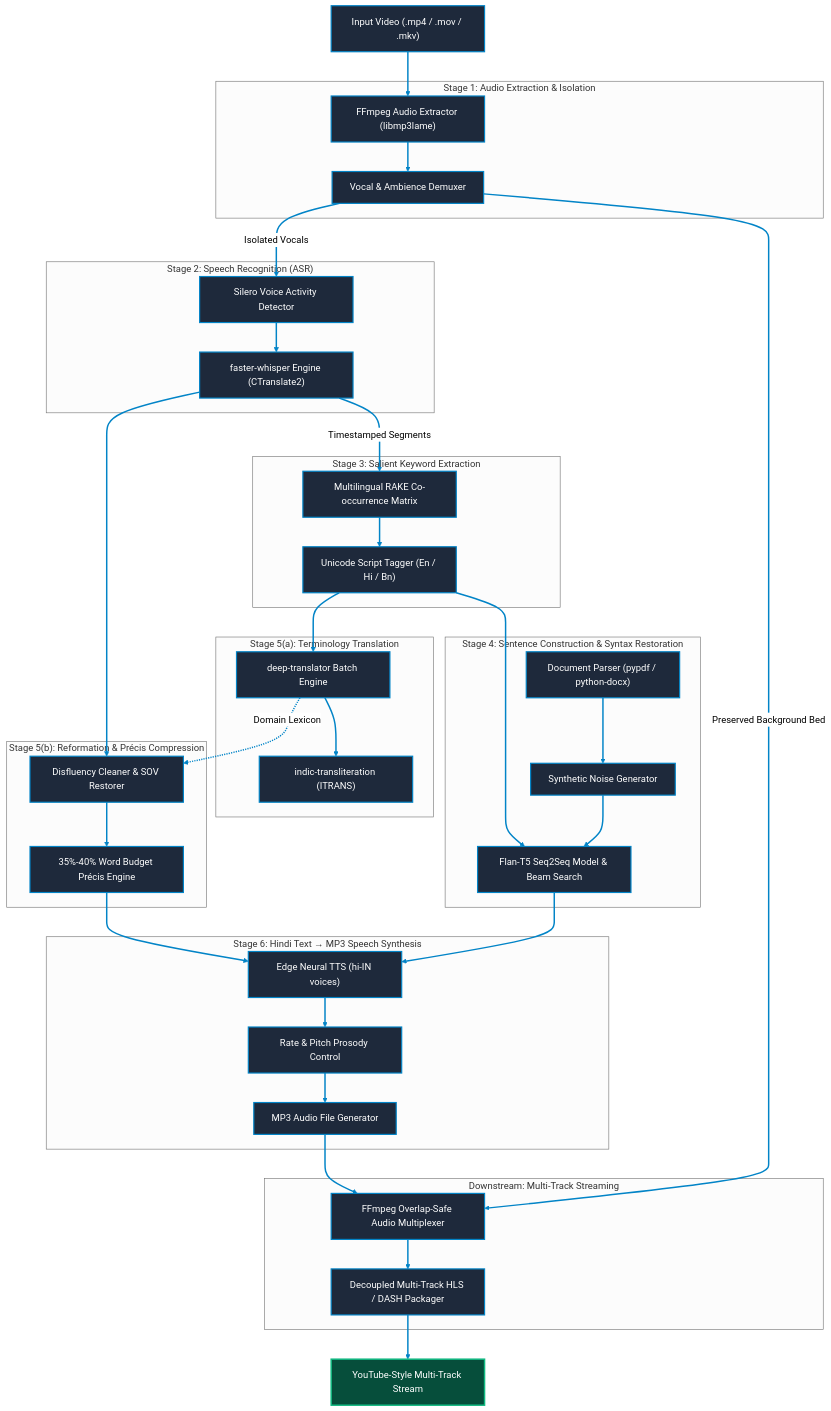
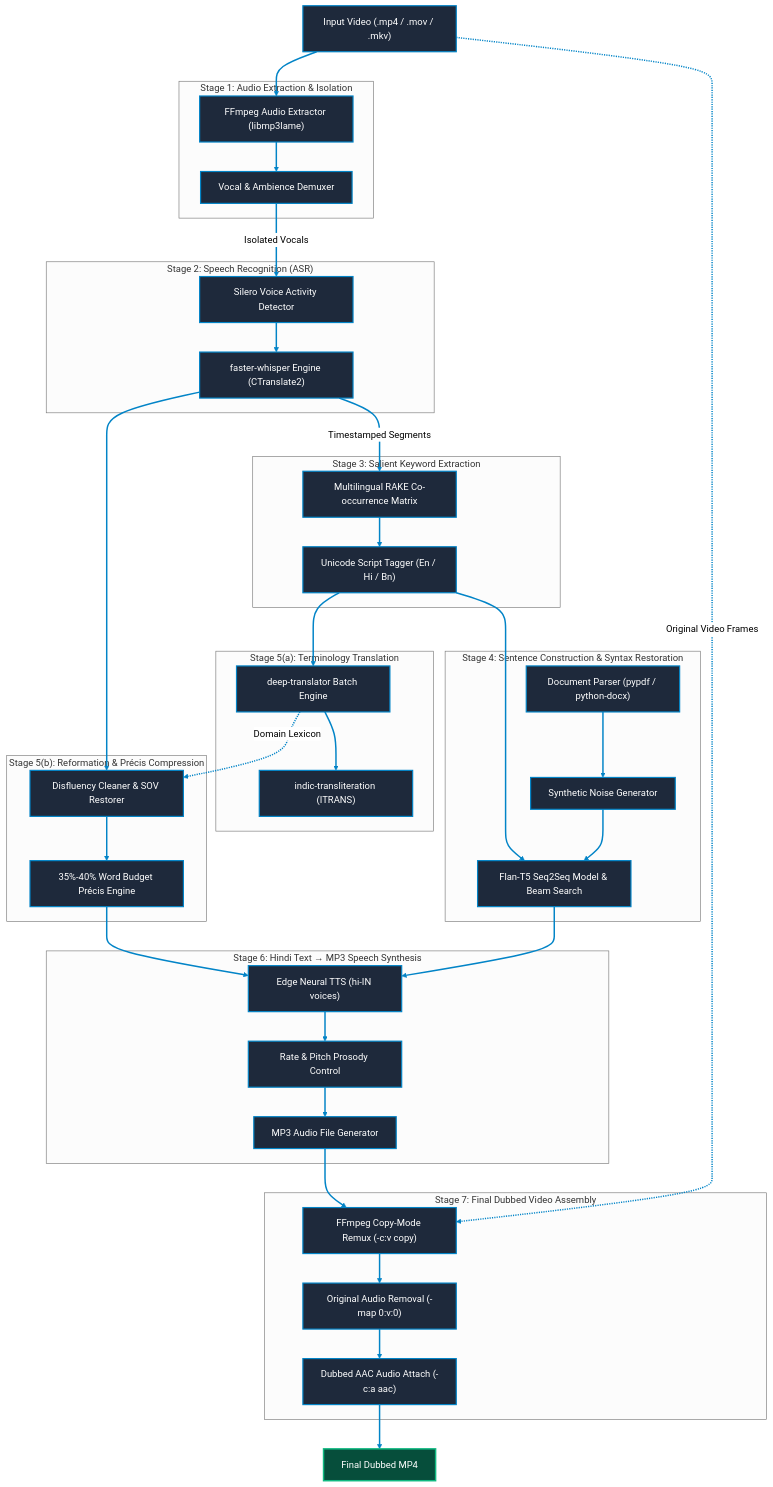
One commit to Babin123456/Nativox changed the diagram in ARCHITECTURE.md. Above: the diagram before and after it, drawn with Mermaid (neutral theme). The commit also changed other lines of this file and 3 other files, not shown here.

````diff
--- a/ARCHITECTURE.md
+++ b/ARCHITECTURE.md
@@ -18,77 +18,79 @@
 ```mermaid
 graph TD
     VID["Input Video (.mp4 / .mov / .mkv)"]
     
     subgraph S1["Stage 1: Audio Extraction & Isolation"]
         EXTRACT["FFmpeg Audio Extractor (libmp3lame)"]
         DEMUCS["Vocal & Ambience Demuxer"]
     end
     
     subgraph S2["Stage 2: Speech Recognition (ASR)"]
         WHISPER["faster-whisper Engine (CTranslate2)"]
         VAD["Silero Voice Activity Detector"]
     end
     
     subgraph S3["Stage 3: Salient Keyword Extraction"]
         RAKE["Multilingual RAKE Co-occurrence Matrix"]
         SCRIPT_TAG["Unicode Script Tagger (En / Hi / Bn)"]
     end
     
     subgraph S4["Stage 4: Sentence Construction & Syntax Restoration"]
         DOC_INGEST["Document Parser (pypdf / python-docx)"]
         CORRUPT["Synthetic Noise Generator"]
         T5_TRAIN["Flan-T5 Seq2Seq Model & Beam Search"]
     end
 
     subgraph S5a["Stage 5(a): Terminology Translation"]
         TRANS_KW["deep-translator Batch Engine"]
         PHONETIC["indic-transliteration (ITRANS)"]
     end
     
     subgraph S5b["Stage 5(b): Reformation & Précis Compression"]
         REFORM["Disfluency Cleaner & SOV Restorer"]
         COMPRESS["35%-40% Word Budget Précis Engine"]
     end
 
     subgraph S6["Stage 6: Hindi Text → MP3 Speech Synthesis"]
         TTS["Edge Neural TTS (hi-IN voices)"]
         PROSODY["Rate & Pitch Prosody Control"]
         MP3OUT["MP3 Audio File Generator"]
     end
 
-    subgraph S7["Downstream: Multi-Track Streaming"]
-        STITCH["FFmpeg Overlap-Safe Audio Multiplexer"]
-        HLS["Decoupled Multi-Track HLS / DASH Packager"]
+    subgraph S7["Stage 7: Final Dubbed Video Assembly"]
+        REMUX["FFmpeg Copy-Mode Remux (-c:v copy)"]
+        STRIP["Original Audio Removal (-map 0:v:0)"]
+        ATTACH["Dubbed AAC Audio Attach (-c:a aac)"]
     end
 
     VID --> EXTRACT
     EXTRACT --> DEMUCS
     DEMUCS -->|Isolated Vocals| VAD
     VAD --> WHISPER
     WHISPER -->|Timestamped Segments| RAKE
     RAKE --> SCRIPT_TAG
     SCRIPT_TAG --> TRANS_KW
     TRANS_KW --> PHONETIC
     SCRIPT_TAG --> T5_TRAIN
     DOC_INGEST --> CORRUPT
     CORRUPT --> T5_TRAIN
     WHISPER --> REFORM
     TRANS_KW -.->|Domain Lexicon| REFORM
     REFORM --> COMPRESS
     COMPRESS --> TTS
     T5_TRAIN --> TTS
     TTS --> PROSODY
     PROSODY --> MP3OUT
-    MP3OUT --> STITCH
-    DEMUCS -->|Preserved Background Bed| STITCH
-    STITCH --> HLS
-    HLS --> DUBBED["YouTube-Style Multi-Track Stream"]
+    MP3OUT --> REMUX
+    VID -.->|Original Video Frames| REMUX
+    REMUX --> STRIP
+    STRIP --> ATTACH
+    ATTACH --> DUBBED["Final Dubbed MP4"]
 
     linkStyle default stroke:#0284C7,stroke-width:2.5px;
 
     classDef stageNode fill:#1E293B,stroke:#0284C7,stroke-width:2px,color:#FFFFFF;
     classDef finalNode fill:#064E3B,stroke:#10B981,stroke-width:2.5px,color:#FFFFFF;
 
-    class VID,EXTRACT,DEMUCS,WHISPER,VAD,RAKE,SCRIPT_TAG,TRANS_KW,PHONETIC,REFORM,COMPRESS,DOC_INGEST,CORRUPT,T5_TRAIN,TTS,PROSODY,MP3OUT,STITCH,HLS stageNode;
+    class VID,EXTRACT,DEMUCS,WHISPER,VAD,RAKE,SCRIPT_TAG,TRANS_KW,PHONETIC,REFORM,COMPRESS,DOC_INGEST,CORRUPT,T5_TRAIN,TTS,PROSODY,MP3OUT,REMUX,STRIP,ATTACH stageNode;
     class DUBBED finalNode;
 ```
````
